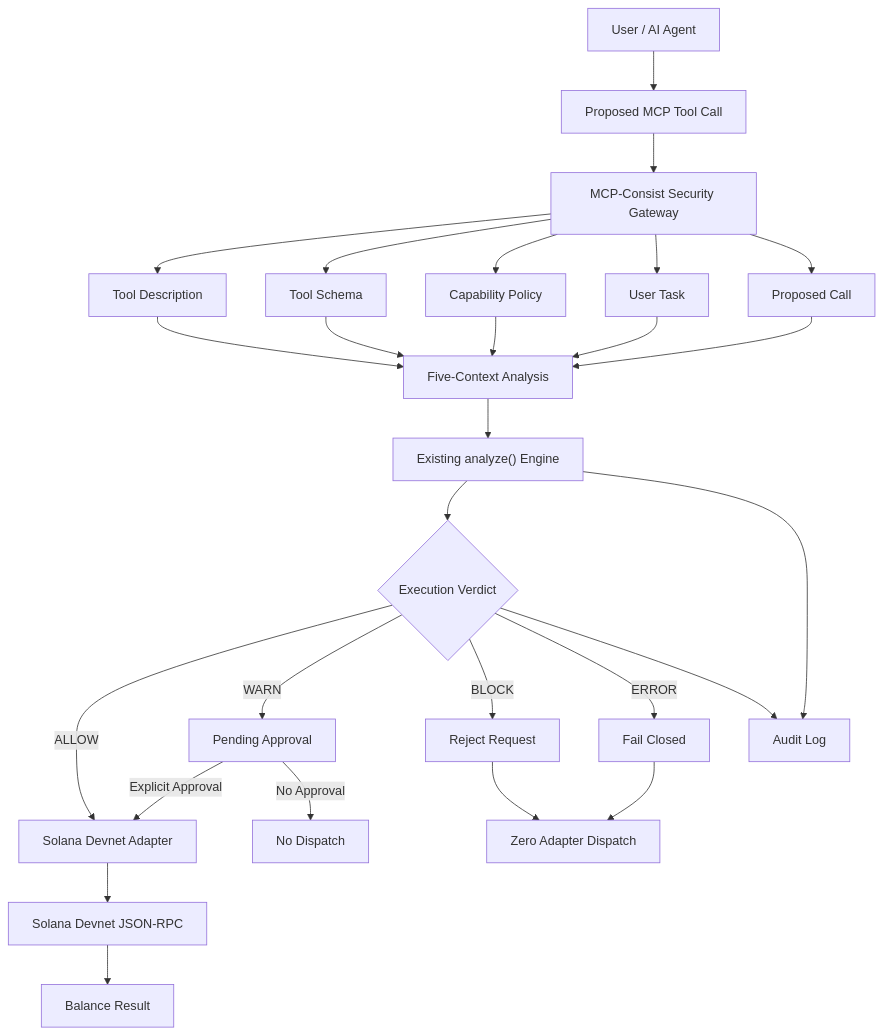
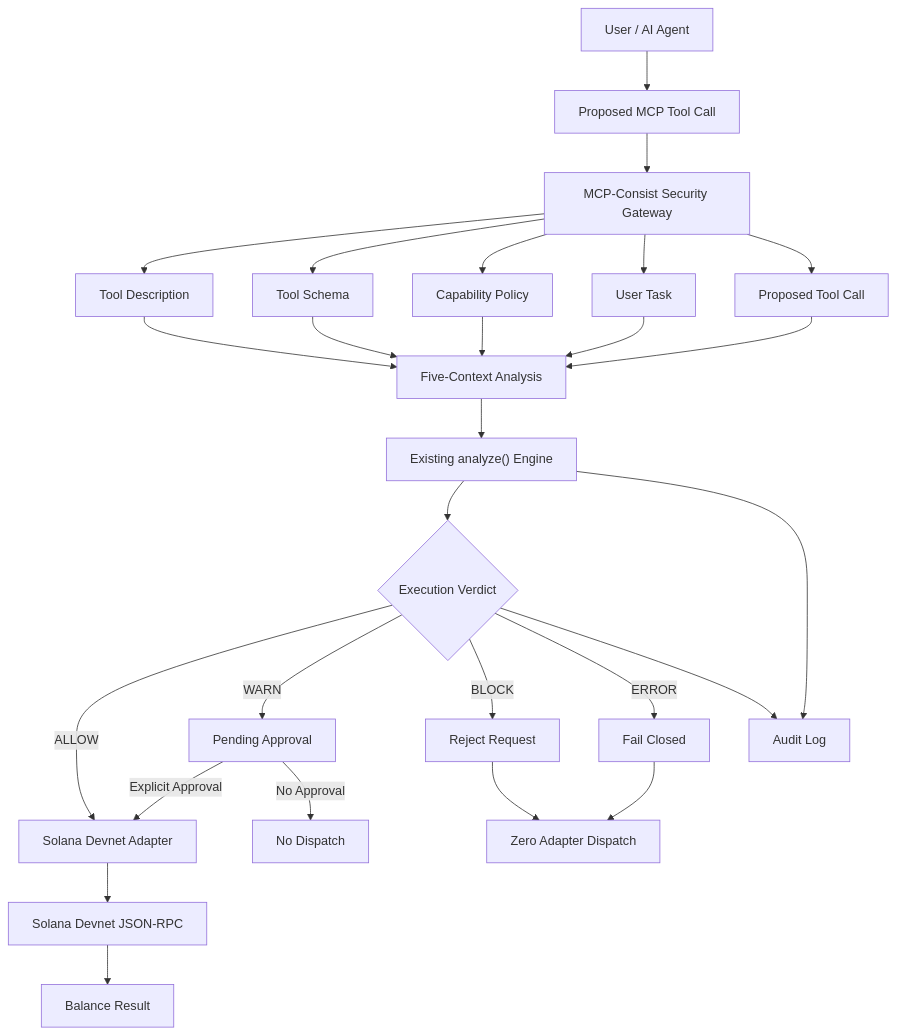
One commit to umairs759/mcp-consist-solana changed the diagram in README.md. Above: the diagram before and after it, drawn with Mermaid. The commit also changed other lines of this file, not shown here.

````diff
--- a/README.md
+++ b/README.md
@@ -122,38 +121,37 @@
 ```mermaid
 flowchart TD
     A["User / AI Agent"] --> B["Proposed MCP Tool Call"]
     B --> C["MCP-Consist Security Gateway"]
 
     C --> D["Tool Description"]
     C --> E["Tool Schema"]
     C --> F["Capability Policy"]
     C --> G["User Task"]
-    C --> H["Proposed Call"]
+    C --> H["Proposed Tool Call"]
 
     D --> I["Five-Context Analysis"]
     E --> I
     F --> I
     G --> I
     H --> I
 
     I --> J["Existing analyze() Engine"]
-
     J --> K{"Execution Verdict"}
 
     K -->|ALLOW| L["Solana Devnet Adapter"]
     K -->|WARN| M["Pending Approval"]
     K -->|BLOCK| N["Reject Request"]
     K -->|ERROR| O["Fail Closed"]
 
     M -->|Explicit Approval| L
     M -->|No Approval| P["No Dispatch"]
 
     L --> Q["Solana Devnet JSON-RPC"]
     Q --> R["Balance Result"]
 
     N --> S["Zero Adapter Dispatch"]
     O --> S
 
     J --> T["Audit Log"]
     K --> T
 ```
````
